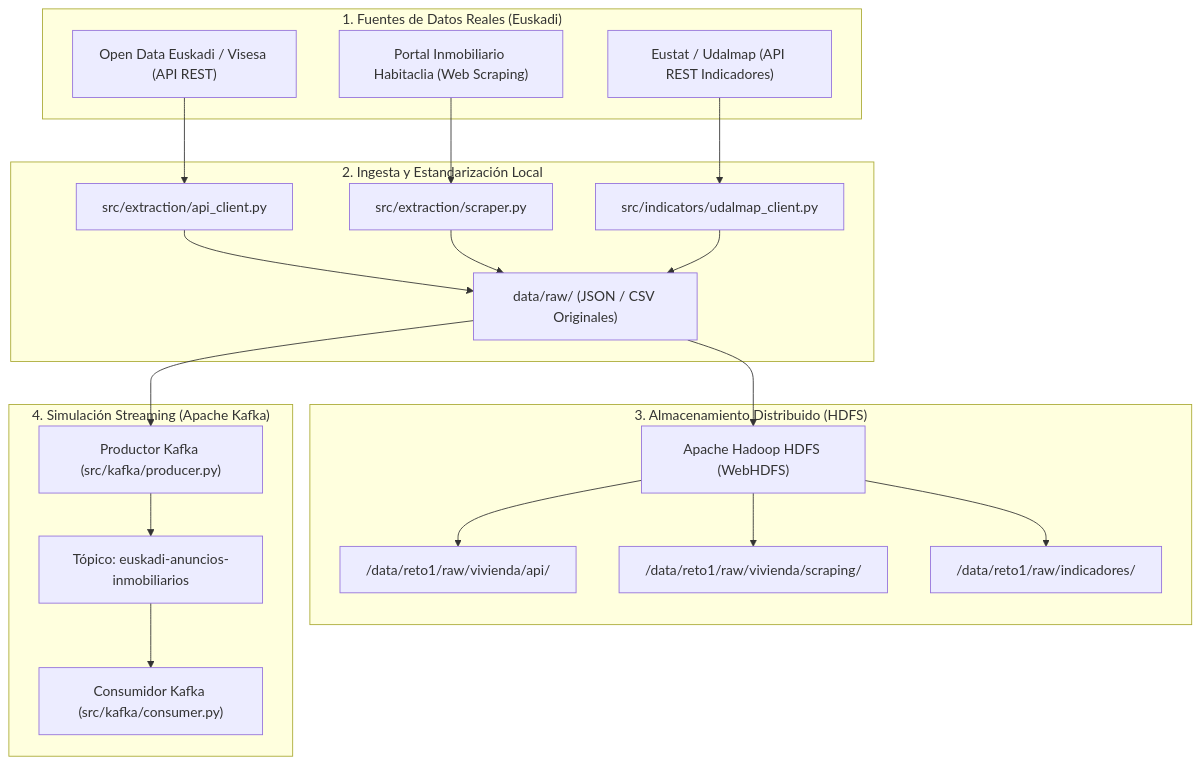
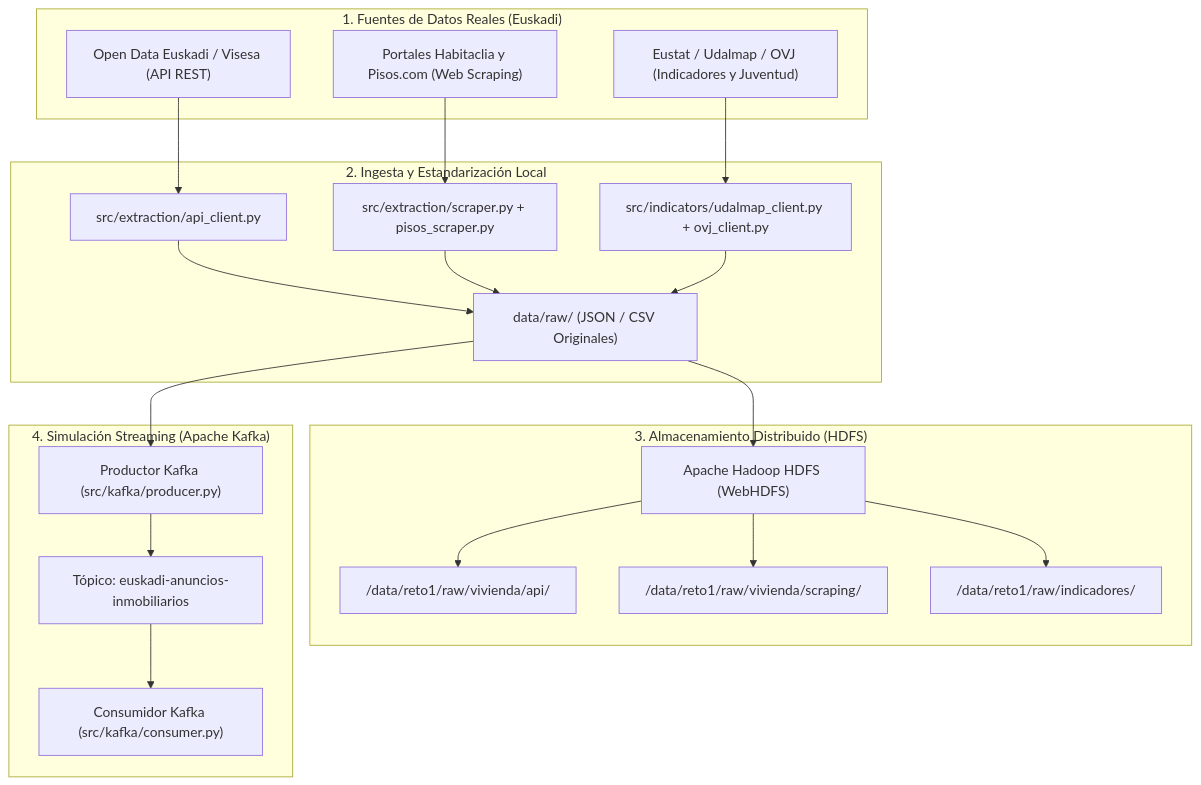
One commit to JonFerSanLuis/Reto-1 changed the diagram in README.md. Above: the diagram before and after it, drawn with Mermaid. The commit also changed other lines of this file and 7 other files, not shown here.

Commit message:
feat(extraction,indicators): incorporar scraper de Pisos.com e indicadores de juventud y esfuerzo residencial (OVJ)

````diff
--- a/README.md
+++ b/README.md
@@ -16,42 +16,42 @@
 ```mermaid
 flowchart TD
     subgraph S1["1. Fuentes de Datos Reales (Euskadi)"]
         A1["Open Data Euskadi / Visesa (API REST)"]
-        A2["Portal Inmobiliario Habitaclia (Web Scraping)"]
-        A3["Eustat / Udalmap (API REST Indicadores)"]
+        A2["Portales Habitaclia y Pisos.com (Web Scraping)"]
+        A3["Eustat / Udalmap / OVJ (Indicadores y Juventud)"]
     end
 
     subgraph S2["2. Ingesta y Estandarización Local"]
         B1["src/extraction/api_client.py"]
-        B2["src/extraction/scraper.py"]
-        B3["src/indicators/udalmap_client.py"]
+        B2["src/extraction/scraper.py + pisos_scraper.py"]
+        B3["src/indicators/udalmap_client.py + ovj_client.py"]
         RAW["data/raw/ (JSON / CSV Originales)"]
     end
 
     subgraph S3["3. Almacenamiento Distribuido (HDFS)"]
         HDFS["Apache Hadoop HDFS (WebHDFS)"]
         H1["/data/reto1/raw/vivienda/api/"]
         H2["/data/reto1/raw/vivienda/scraping/"]
         H3["/data/reto1/raw/indicadores/"]
     end
 
     subgraph S4["4. Simulación Streaming (Apache Kafka)"]
         KP["Productor Kafka (src/kafka/producer.py)"]
         TOPIC["Tópico: euskadi-anuncios-inmobiliarios"]
         KC["Consumidor Kafka (src/kafka/consumer.py)"]
     end
 
     A1 --> B1
     A2 --> B2
     A3 --> B3
     B1 --> RAW
     B2 --> RAW
     B3 --> RAW
     RAW --> HDFS
     HDFS --> H1
     HDFS --> H2
     HDFS --> H3
     RAW --> KP
     KP --> TOPIC
     TOPIC --> KC
 ```
````
